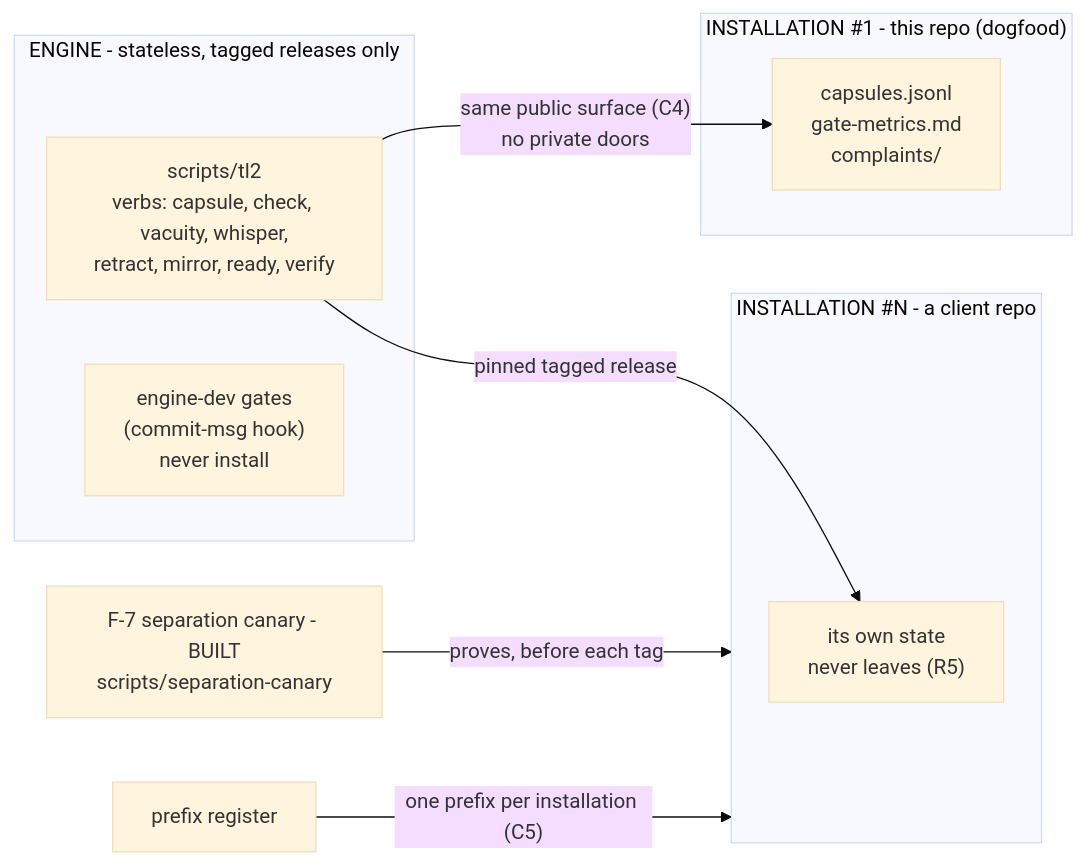
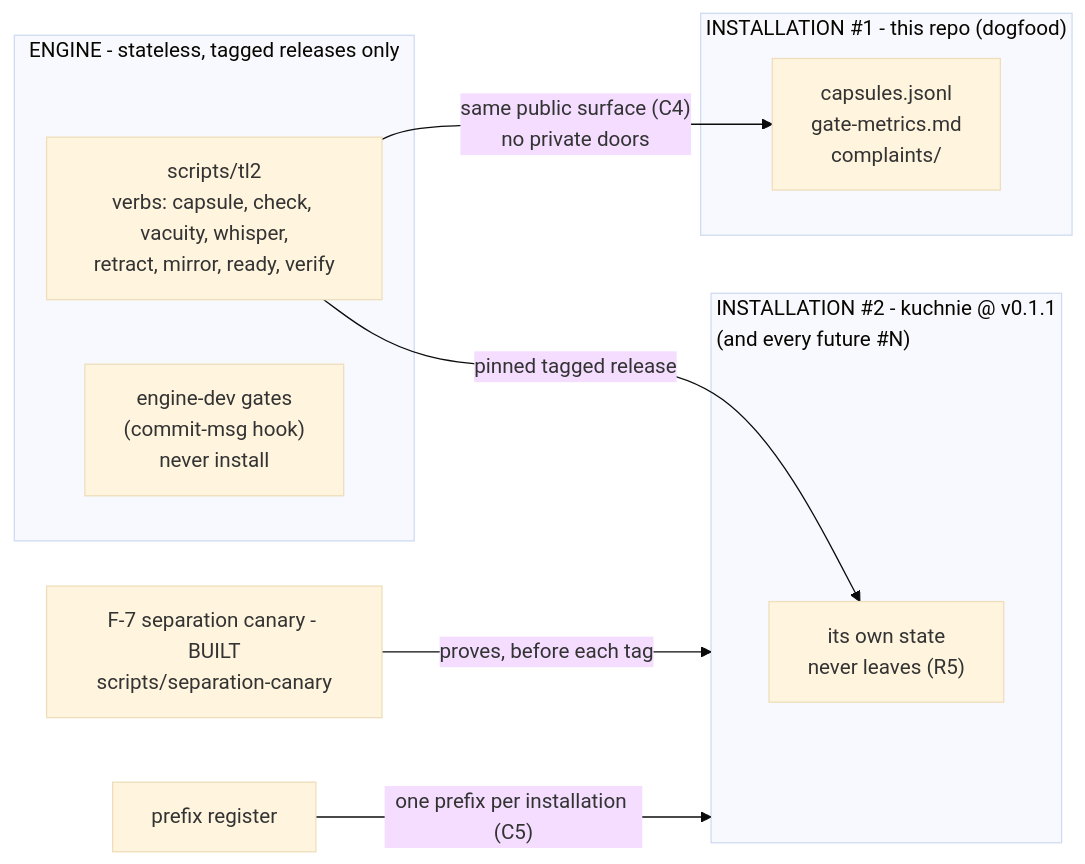
The third of 5 diagrams in docs/diagrams.md (m1981/truth-ledger2), drawn with Mermaid (base theme) before and after one commit. The commit also changed other lines of this file, not shown here.

First line of the commit message:
Diagrams caught lying three ways; the layers picture gains its fifth genre

````diff
--- a/docs/diagrams.md
+++ b/docs/diagrams.md
@@ -64,17 +68,17 @@
 ```mermaid
 flowchart LR
     subgraph ENGINE["ENGINE - stateless, tagged releases only"]
         TL2["scripts/tl2<br/>verbs: capsule, check, vacuity, whisper,<br/>retract, mirror, ready, verify"]
         DEVGATES["engine-dev gates<br/>(commit-msg hook)<br/>never install"]
     end
     subgraph INST1["INSTALLATION #1 - this repo (dogfood)"]
         S1["capsules.jsonl<br/>gate-metrics.md<br/>complaints/"]
     end
-    subgraph INSTN["INSTALLATION #N - a client repo"]
+    subgraph INSTN["INSTALLATION #2 - kuchnie @ v0.1.1<br/>(and every future #N)"]
         SN["its own state<br/>never leaves (R5)"]
     end
     TL2 -- "same public surface (C4)<br/>no private doors" --> S1
     TL2 -- "pinned tagged release" --> SN
     SEP["F-7 separation canary - BUILT<br/>scripts/separation-canary"] -->|"proves, before each tag"| INSTN
     PREFIX["prefix register"] -- "one prefix per installation (C5)" --> INSTN
 ```
````
